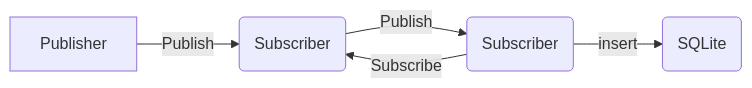
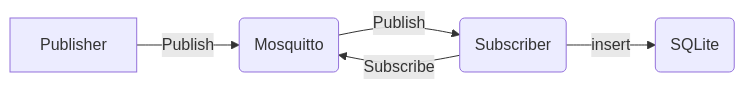
The diagram in mqtt/README.md (sugus-ss/MQTT_project), drawn with Mermaid before and after one commit. The commit also changed other lines of this file, not shown here.

````diff
--- a/mqtt/README.md
+++ b/mqtt/README.md
@@ -29,8 +28,8 @@
 ```mermaid
 graph LR
 A[Publisher] -- Publish --> B(Mosquitto)
-C -- Subscribe --> B(Subscriber)
+C -- Subscribe --> B(Mosquitto)
 B -- Publish --> C(Subscriber)
 C -- insert --> D(SQLite)
 
 ```
````
